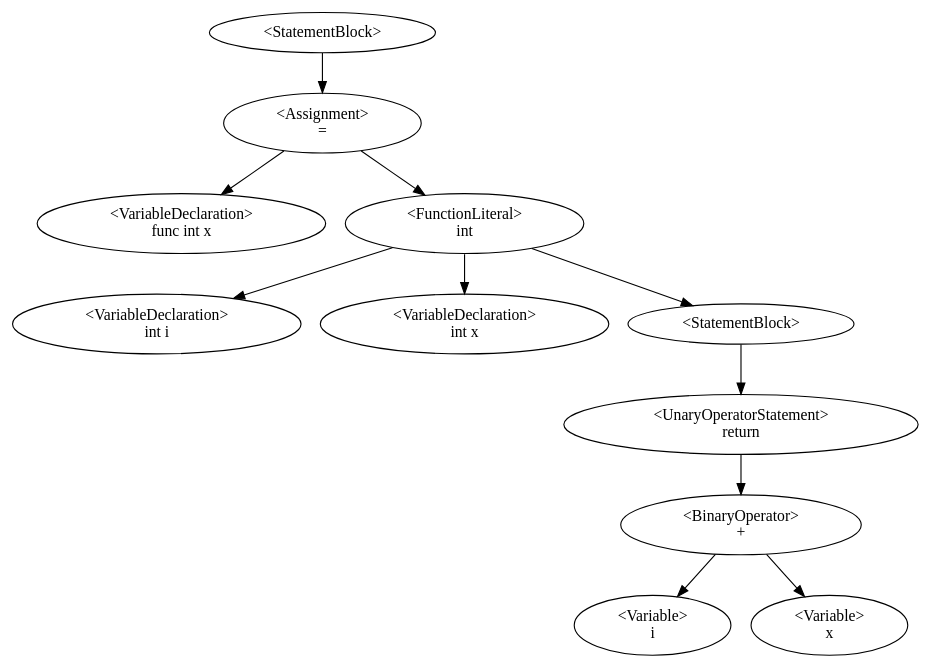
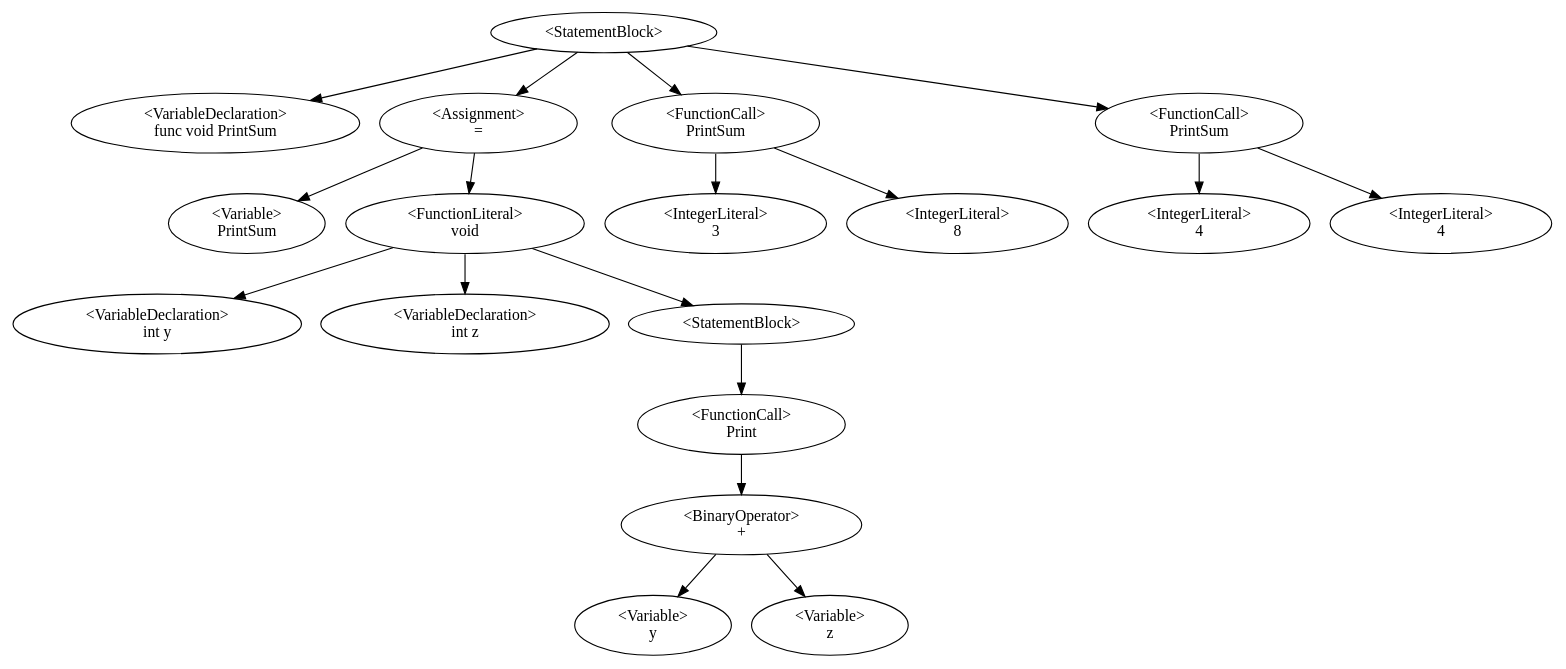
Before and after one commit to QazmoQwerty/dino: the diagram in Dino/Dino/AstDisplay.gv, drawn with Graphviz. The commit also changed 6 other files, not shown here.

```diff
--- a/Dino/Dino/AstDisplay.gv
+++ b/Dino/Dino/AstDisplay.gv
@@ -1,14 +1,21 @@
 digraph G {
-0 [label="<StatementBlock>"];0->2;
-2 [label="<Assignment>\n="];2->1;2->6;
-1 [label="<VariableDeclaration>\nfunc int x"];
-6 [label="<FunctionLiteral>
-int"];6->3;6->5;6->7;
-3 [label="<VariableDeclaration>\nint i"];
-5 [label="<VariableDeclaration>\nint x"];
-7 [label="<StatementBlock>"];7->8;
-8 [label="<UnaryOperatorStatement>\nreturn"];8->10;
-10 [label="<BinaryOperator>\n+"];10->9;10->11;
-9 [label="<Variable>\ni"];
-11 [label="<Variable>\nx"];
+0 [label="<StatementBlock>"];0->1;0->3;0->15;0->19;
+1 [label="<VariableDeclaration>\nfunc void PrintSum"];
+3 [label="<Assignment>\n="];3->2;3->7;
+2 [label="<Variable>\nPrintSum"];
+7 [label="<FunctionLiteral>
+void"];7->4;7->6;7->8;
+4 [label="<VariableDeclaration>\nint y"];
+6 [label="<VariableDeclaration>\nint z"];
+8 [label="<StatementBlock>"];8->10;
+10 [label="<FunctionCall>\nPrint"];10->12;
+12 [label="<BinaryOperator>\n+"];12->11;12->13;
+11 [label="<Variable>\ny"];
+13 [label="<Variable>\nz"];
+15 [label="<FunctionCall>\nPrintSum"];15->16;15->17;
+16 [label="<IntegerLiteral>\n3"];
+17 [label="<IntegerLiteral>\n8"];
+19 [label="<FunctionCall>\nPrintSum"];19->20;19->21;
+20 [label="<IntegerLiteral>\n4"];
+21 [label="<IntegerLiteral>\n4"];
 }
```
